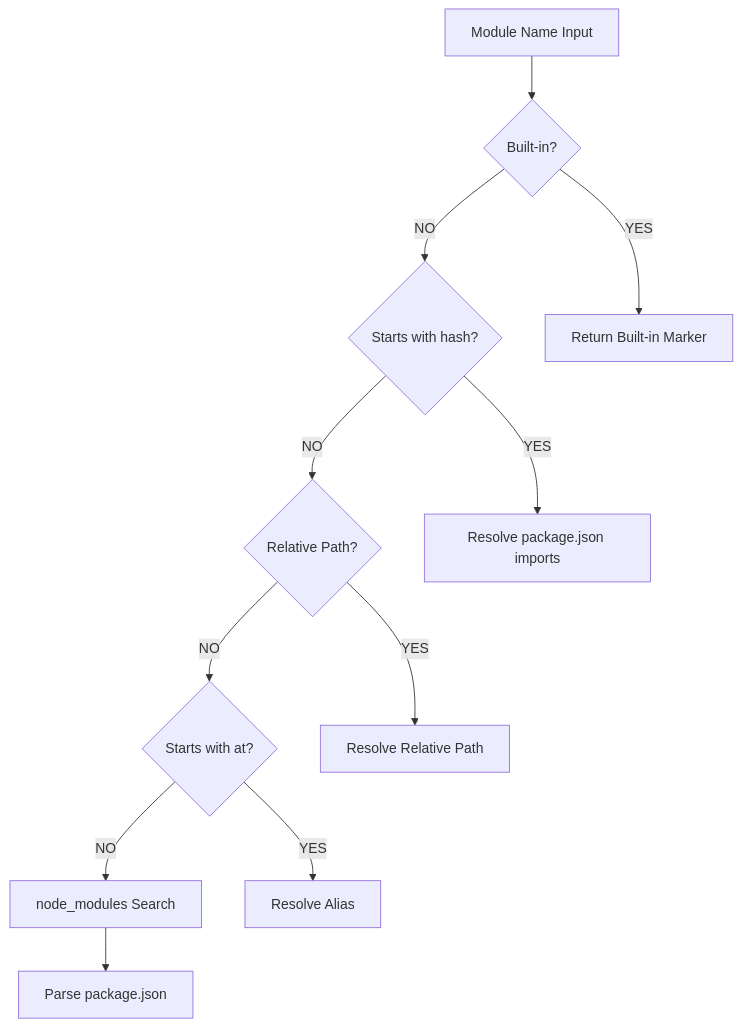
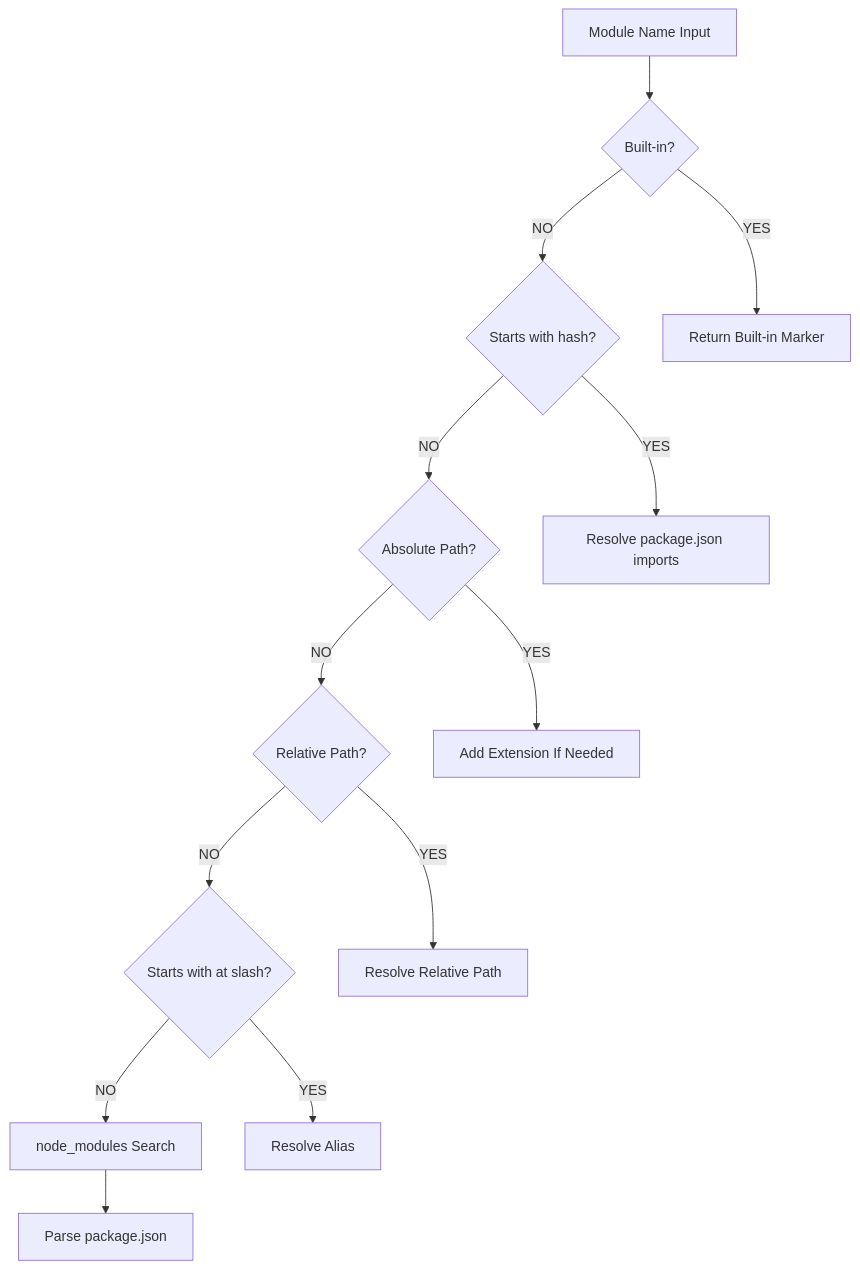
The eighth of 16 diagrams in docs/NODE-RUNTIME.md (Stasshe/Pyxis-CodeCanvas), drawn with Mermaid before and after one commit. The commit also changed other lines of this file, not shown here.

````diff
--- a/docs/NODE-RUNTIME.md
+++ b/docs/NODE-RUNTIME.md
@@ -242,26 +434,30 @@
 ```mermaid
 graph TB
     Start[Module Name Input]
     BuiltIn{Built-in?}
     PackageImports{Starts with hash?}
+    Absolute{Absolute Path?}
     Relative{Relative Path?}
-    Alias{Starts with at?}
+    Alias{Starts with at slash?}
     NodeMods[node_modules Search]
     
     BuiltInReturn[Return Built-in Marker]
     ImportsResolve[Resolve package.json imports]
+    AbsoluteResolve[Add Extension If Needed]
     RelativeResolve[Resolve Relative Path]
     AliasResolve[Resolve Alias]
     PkgJSON[Parse package.json]
     
     Start --> BuiltIn
     BuiltIn -->|YES| BuiltInReturn
     BuiltIn -->|NO| PackageImports
     PackageImports -->|YES| ImportsResolve
-    PackageImports -->|NO| Relative
+    PackageImports -->|NO| Absolute
+    Absolute -->|YES| AbsoluteResolve
+    Absolute -->|NO| Relative
     Relative -->|YES| RelativeResolve
     Relative -->|NO| Alias
     Alias -->|YES| AliasResolve
     Alias -->|NO| NodeMods
     NodeMods --> PkgJSON
 ```
````
